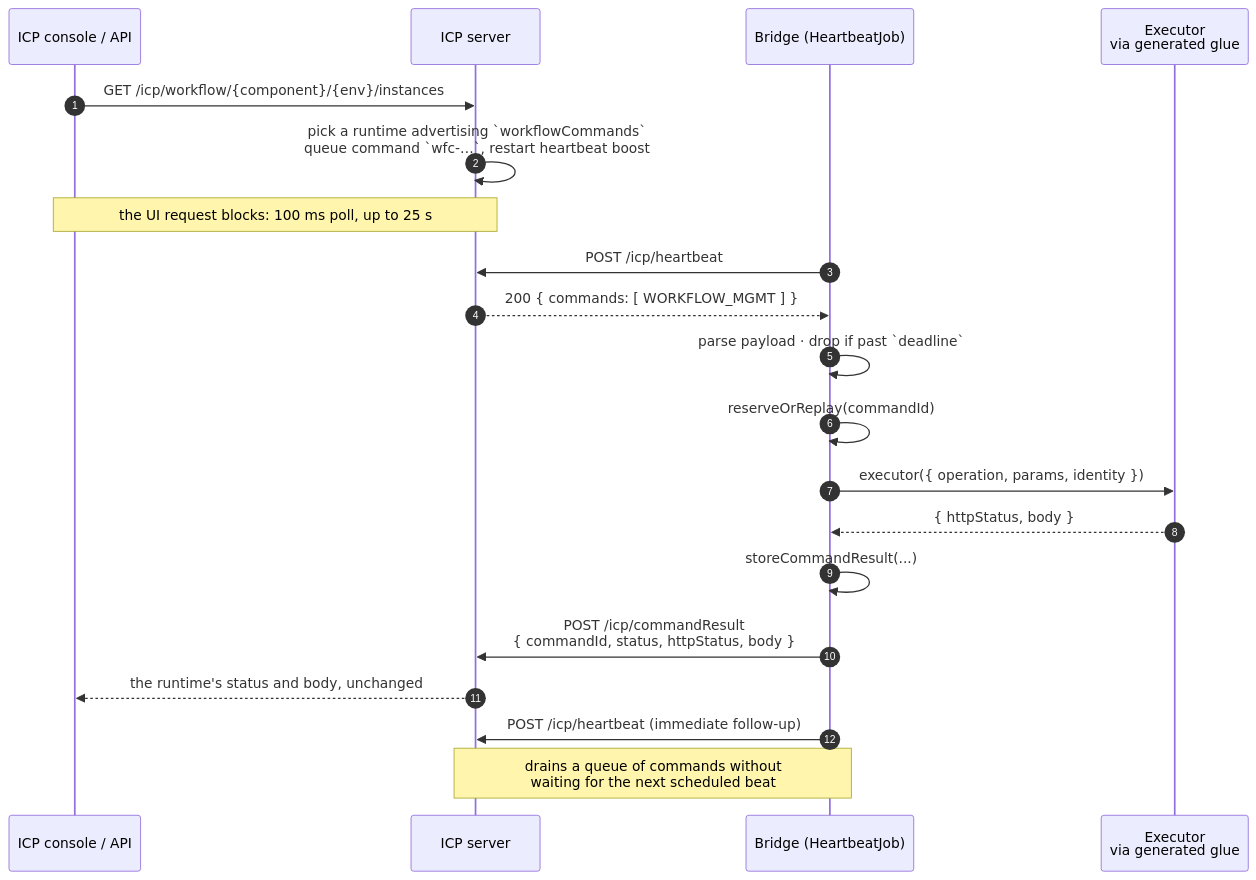
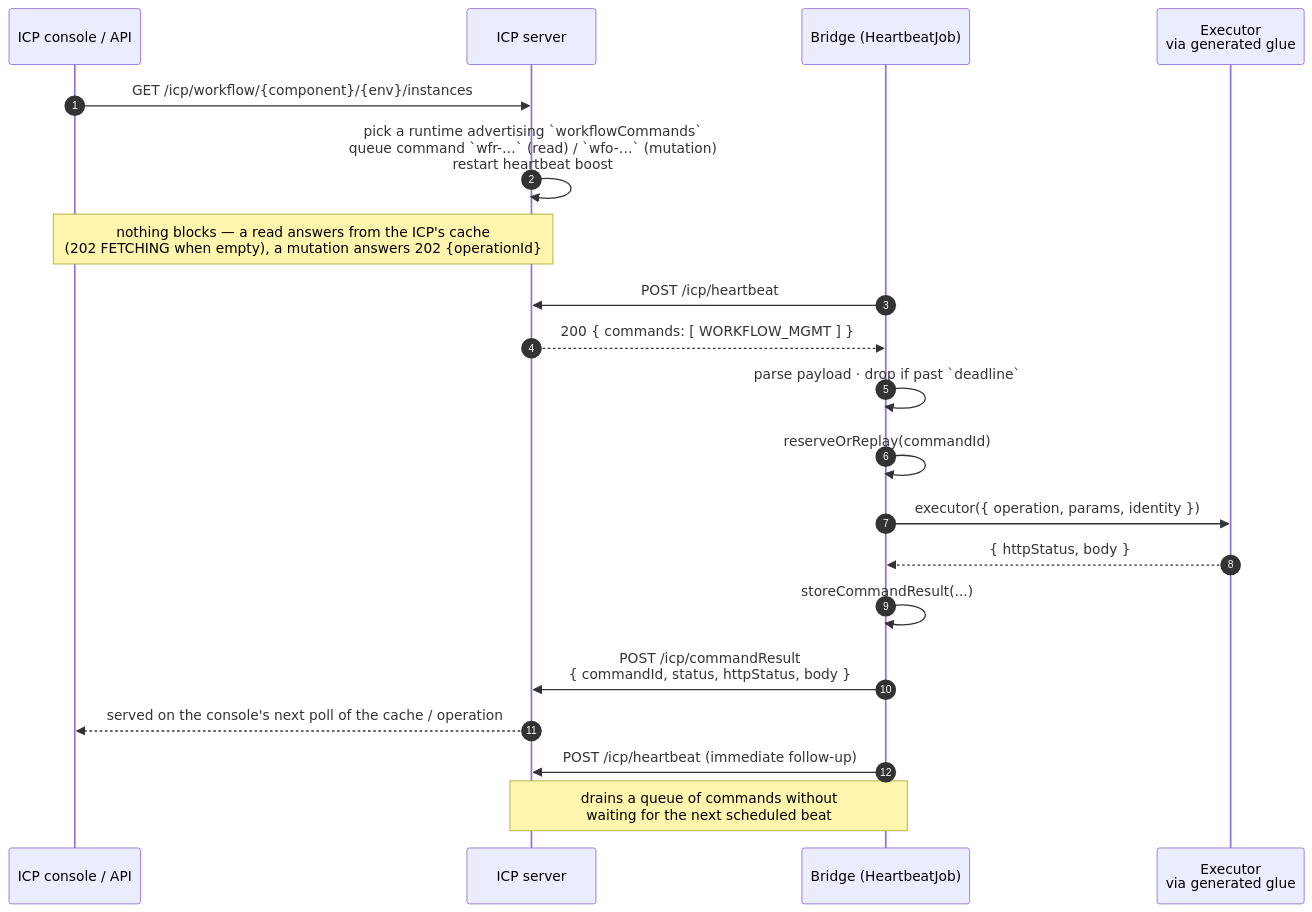
Before and after one commit to Dilhasha/icp-runtime-bridge: the first of 2 diagrams in docs/command-tunnel.md, drawn with Mermaid. The commit also changed other lines of this file and 1 other file, not shown here.

Commit message:
Docs catch up with the database-backed ICP: nothing blocks, deadlines replace waiters, the queue travels

````diff
--- a/docs/command-tunnel.md
+++ b/docs/command-tunnel.md
@@ -20,26 +20,26 @@
 ```mermaid
 sequenceDiagram
     autonumber
     participant UI as ICP console / API
     participant ICP as ICP server
     participant BR as Bridge (HeartbeatJob)
     participant EX as Executor<br/>via generated glue
 
     UI->>ICP: GET /icp/workflow/{component}/{env}/instances
-    ICP->>ICP: pick a runtime advertising `workflowCommands`<br/>queue command `wfc-…`, restart heartbeat boost
-    Note over ICP,UI: the UI request blocks: 100 ms poll, up to 25 s
+    ICP->>ICP: pick a runtime advertising `workflowCommands`<br/>queue command `wfr-…` (read) / `wfo-…` (mutation)<br/>restart heartbeat boost
+    Note over ICP,UI: nothing blocks — a read answers from the ICP's cache<br/>(202 FETCHING when empty), a mutation answers 202 {operationId}
 
     BR->>ICP: POST /icp/heartbeat
     ICP-->>BR: 200 { commands: [ WORKFLOW_MGMT ] }
 
     BR->>BR: parse payload · drop if past `deadline`
     BR->>BR: reserveOrReplay(commandId)
     BR->>EX: executor({ operation, params, identity })
     EX-->>BR: { httpStatus, body }
     BR->>BR: storeCommandResult(...)
     BR->>ICP: POST /icp/commandResult<br/>{ commandId, status, httpStatus, body }
-    ICP-->>UI: the runtime's status and body, unchanged
+    ICP-->>UI: served on the console's next poll of the cache / operation
 
     BR->>ICP: POST /icp/heartbeat (immediate follow-up)
     Note over BR,ICP: drains a queue of commands without<br/>waiting for the next scheduled beat
 ```
````
